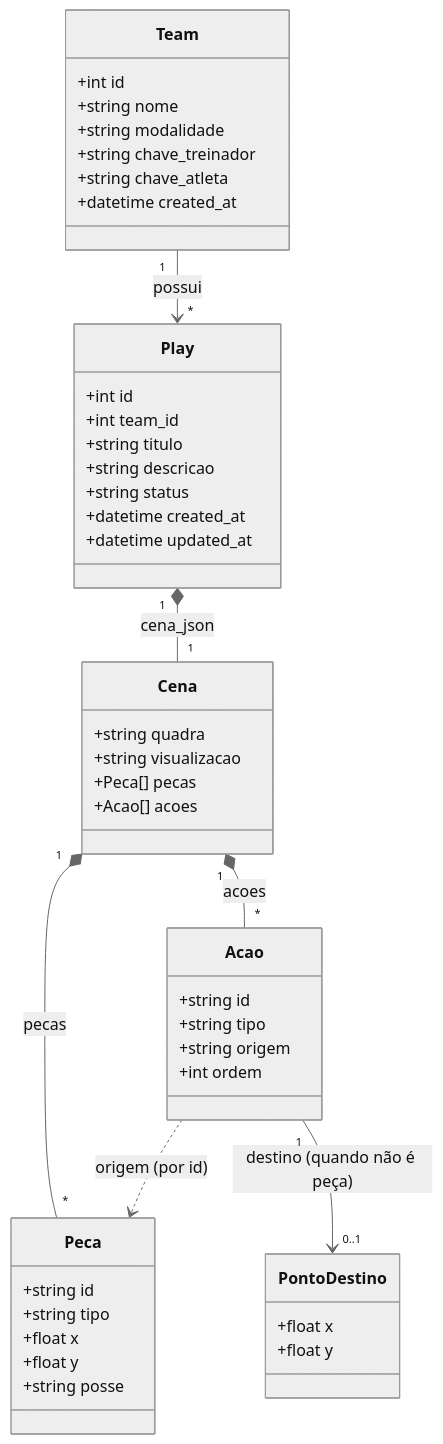
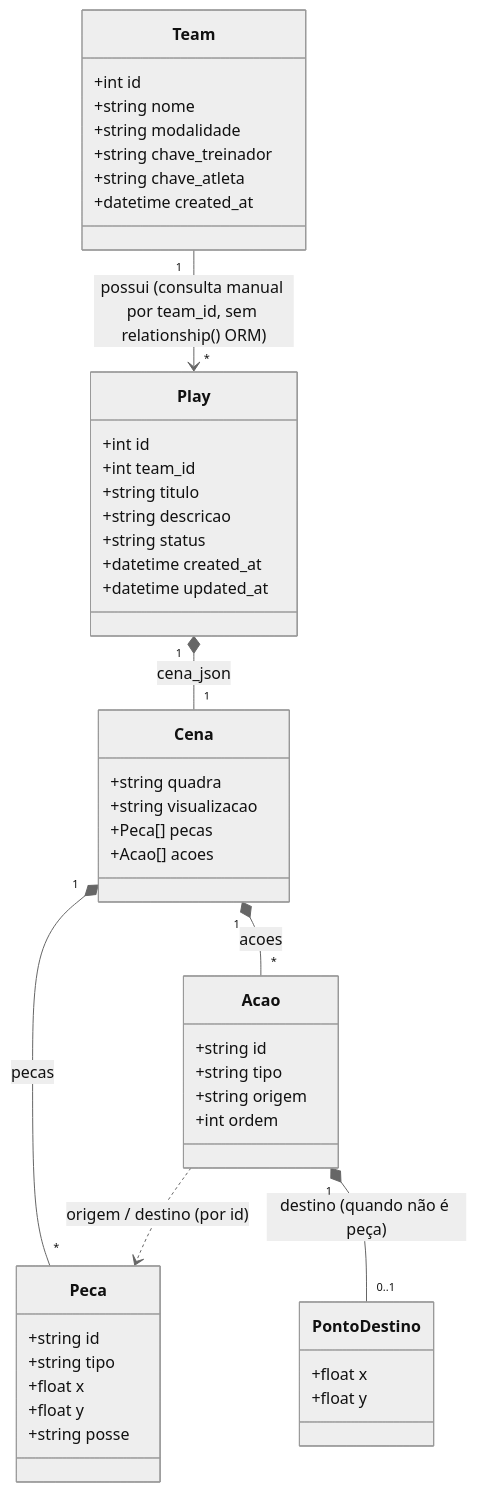
One commit to iMandy10/-EDS--Prancheta-Tatica changed the first of 3 diagrams in README.md. Above: the diagram before and after it, drawn with Mermaid (neutral theme). The commit also changed other lines of this file, not shown here.

Commit message:
fix: correct class diagram relationships and sequence body to match code

````diff
--- a/README.md
+++ b/README.md
@@ -112,55 +112,55 @@
 ```mermaid
 classDiagram
     class Team {
       +int id
       +string nome
       +string modalidade
       +string chave_treinador
       +string chave_atleta
       +datetime created_at
     }
 
     class Play {
       +int id
       +int team_id
       +string titulo
       +string descricao
       +string status
       +datetime created_at
       +datetime updated_at
     }
 
     class Cena {
       +string quadra
       +string visualizacao
       +Peca[] pecas
       +Acao[] acoes
     }
 
     class Peca {
       +string id
       +string tipo
       +float x
       +float y
       +string posse
     }
 
     class Acao {
       +string id
       +string tipo
       +string origem
       +int ordem
     }
 
     class PontoDestino {
       +float x
       +float y
     }
 
-    Team "1" --> "*" Play : possui
+    Team "1" --> "*" Play : possui (consulta manual por team_id, sem relationship() ORM)
     Play "1" *-- "1" Cena : cena_json
     Cena "1" *-- "*" Peca : pecas
     Cena "1" *-- "*" Acao : acoes
-    Acao ..> Peca : origem (por id)
-    Acao "1" --> "0..1" PontoDestino : destino (quando não é peça)
+    Acao ..> Peca : origem / destino (por id)
+    Acao "1" *-- "0..1" PontoDestino : destino (quando não é peça)
 ```
````
